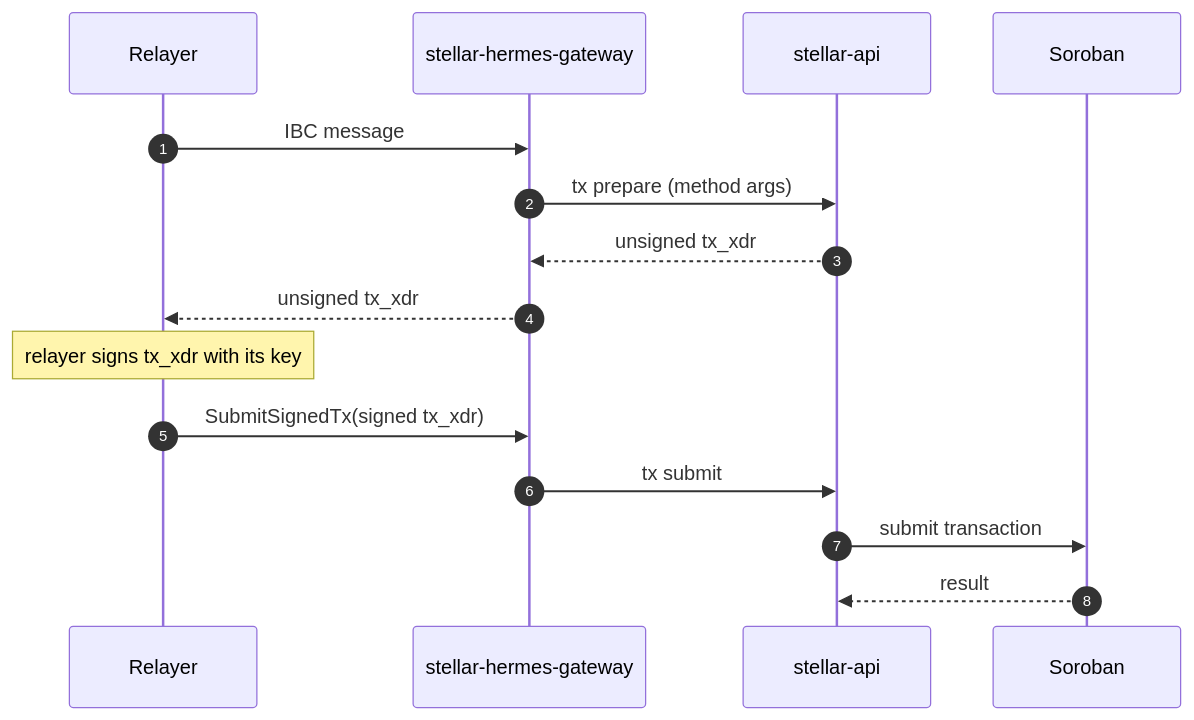
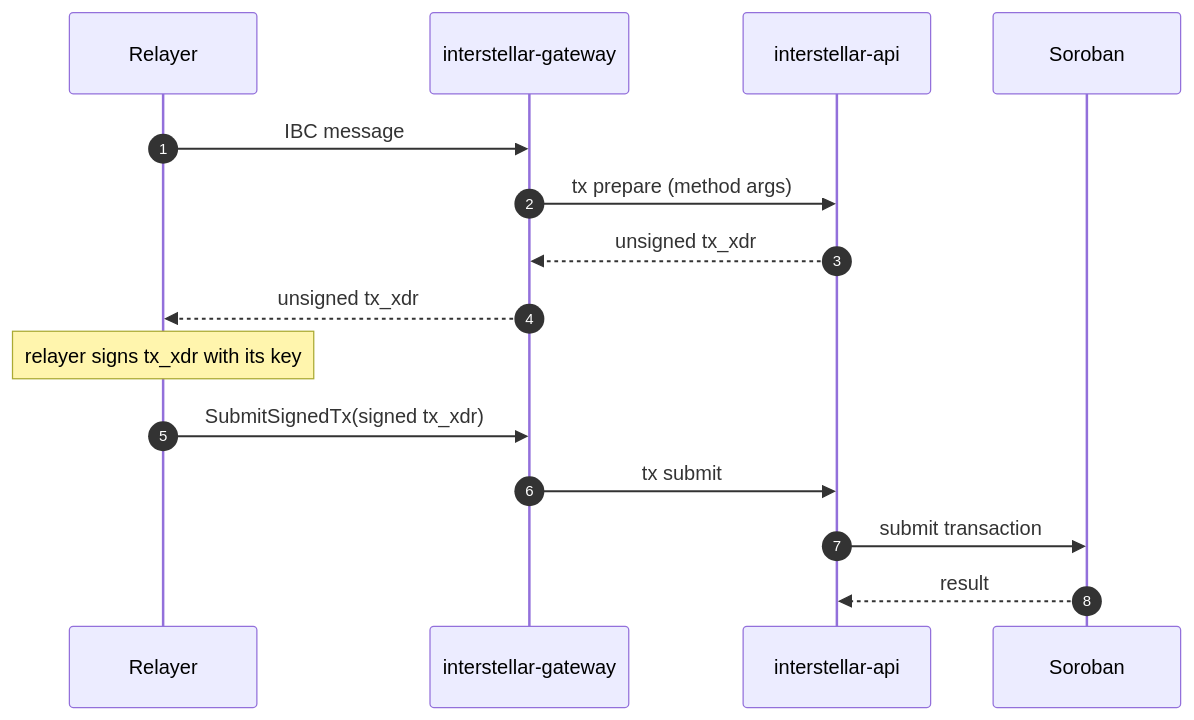
One commit to amandagonsalves/sdf-ibc-proposal changed the third of 6 diagrams in architecture.md. Above: the diagram before and after it, drawn with Mermaid. The commit also changed other lines of this file and 14 other files, not shown here.

````diff
--- a/architecture.md
+++ b/architecture.md
@@ -368,18 +501,18 @@
 ```mermaid
 sequenceDiagram
     autonumber
     participant R as Relayer
-    participant GW as stellar-hermes-gateway
-    participant API as stellar-api
+    participant GW as interstellar-gateway
+    participant API as interstellar-api
     participant SOR as Soroban
 
     R->>GW: IBC message
     GW->>API: tx prepare (method args)
     API-->>GW: unsigned tx_xdr
     GW-->>R: unsigned tx_xdr
     Note over R: relayer signs tx_xdr with its key
     R->>GW: SubmitSignedTx(signed tx_xdr)
     GW->>API: tx submit
     API->>SOR: submit transaction
     SOR-->>API: result
 ```
````
